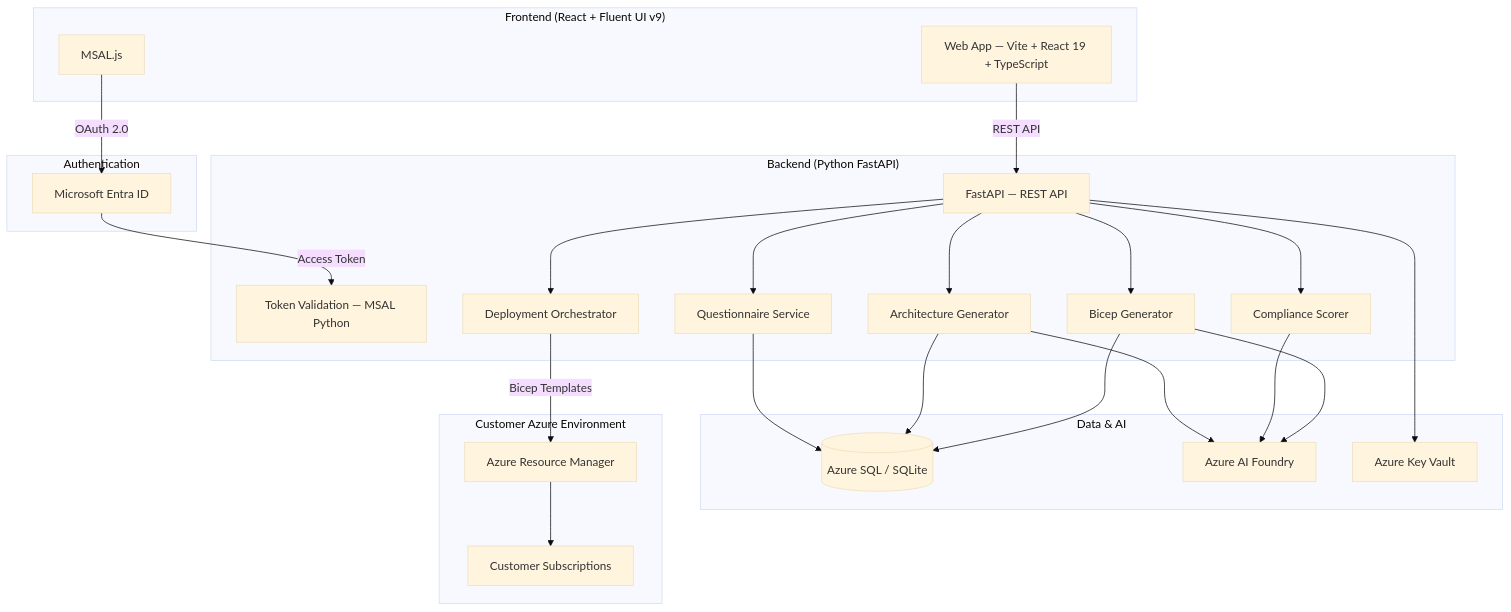
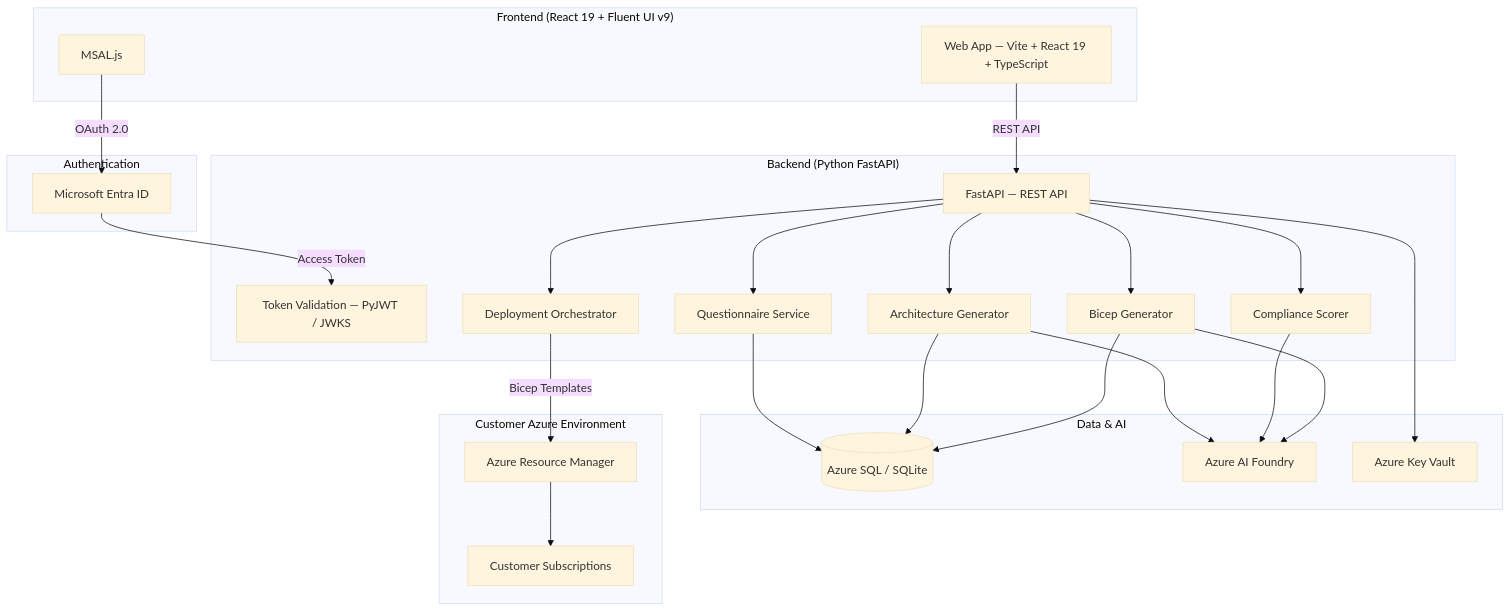
Before and after one commit to JoshLuedeman/onramp: the diagram in docs/architecture.md, drawn with Mermaid (base theme). The commit also changed 2 other files, not shown here.

Commit message:
fix: address Copilot review comments on screenshots PR
- Fix React version label in architecture diagram (React 19)
- Replace MSAL Python with PyJWT/JWKS for token validation label
- Replace coming-soon placeholder with workflow diagram in README
- Add sample project creation instructions for screenshot capture

````diff
--- a/docs/architecture.md
+++ b/docs/architecture.md
@@ -9,50 +9,50 @@
 ```mermaid
 flowchart TB
-    subgraph Frontend["Frontend (React + Fluent UI v9)"]
+    subgraph Frontend["Frontend (React 19 + Fluent UI v9)"]
         UI[Web App — Vite + React 19 + TypeScript]
         MSAL_JS[MSAL.js]
     end
 
     subgraph Auth["Authentication"]
         EntraID[Microsoft Entra ID]
     end
 
     subgraph Backend["Backend (Python FastAPI)"]
         API[FastAPI — REST API]
-        TokenVal[Token Validation — MSAL Python]
+        TokenVal[Token Validation — PyJWT / JWKS]
         Questionnaire[Questionnaire Service]
         ArchGen[Architecture Generator]
         CompScorer[Compliance Scorer]
         BicepGen[Bicep Generator]
         DeployOrch[Deployment Orchestrator]
     end
 
     subgraph Data["Data & AI"]
         DB[(Azure SQL / SQLite)]
         AIFoundry[Azure AI Foundry]
         KeyVault[Azure Key Vault]
     end
 
     subgraph Azure["Customer Azure Environment"]
         ARM[Azure Resource Manager]
         Subscriptions[Customer Subscriptions]
     end
 
     UI -- REST API --> API
     MSAL_JS -- OAuth 2.0 --> EntraID
     EntraID -- Access Token --> TokenVal
     API --> Questionnaire
     API --> ArchGen
     API --> CompScorer
     API --> BicepGen
     API --> DeployOrch
     Questionnaire --> DB
     ArchGen --> AIFoundry
     ArchGen --> DB
     CompScorer --> AIFoundry
     BicepGen --> AIFoundry
     BicepGen --> DB
     DeployOrch -- Bicep Templates --> ARM
     ARM --> Subscriptions
     API --> KeyVault
 ```
````
